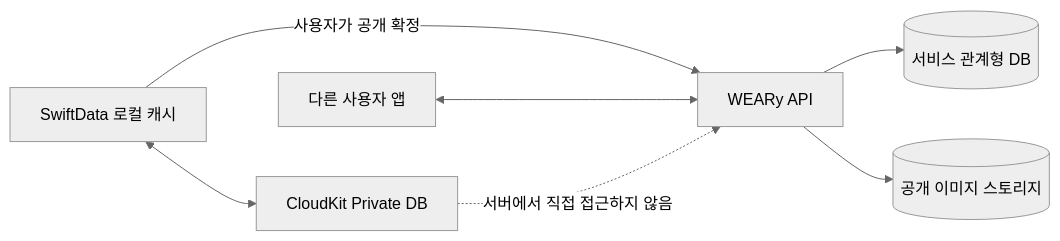
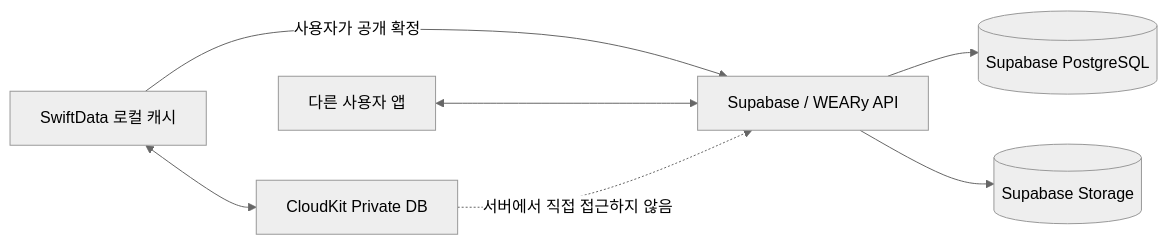
One commit to 77romin/weary changed the first of 4 diagrams in DATA_ARCHITECTURE.md. Above: the diagram before and after it, drawn with Mermaid (neutral theme). The commit also changed other lines of this file and 1 other file, not shown here.

Commit message:
docs: adopt Supabase for the community backend

````diff
--- a/DATA_ARCHITECTURE.md
+++ b/DATA_ARCHITECTURE.md
@@ -23,10 +23,10 @@
 ```mermaid
 flowchart LR
     A[SwiftData 로컬 캐시] <--> B[CloudKit Private DB]
-    A -->|사용자가 공개 확정| C[WEARy API]
-    C --> D[(서비스 관계형 DB)]
-    C --> E[(공개 이미지 스토리지)]
+    A -->|사용자가 공개 확정| C[Supabase / WEARy API]
+    C --> D[(Supabase PostgreSQL)]
+    C --> E[(Supabase Storage)]
     F[다른 사용자 앱] <--> C
 
     B -. 서버에서 직접 접근하지 않음 .-> C
 ```
````
